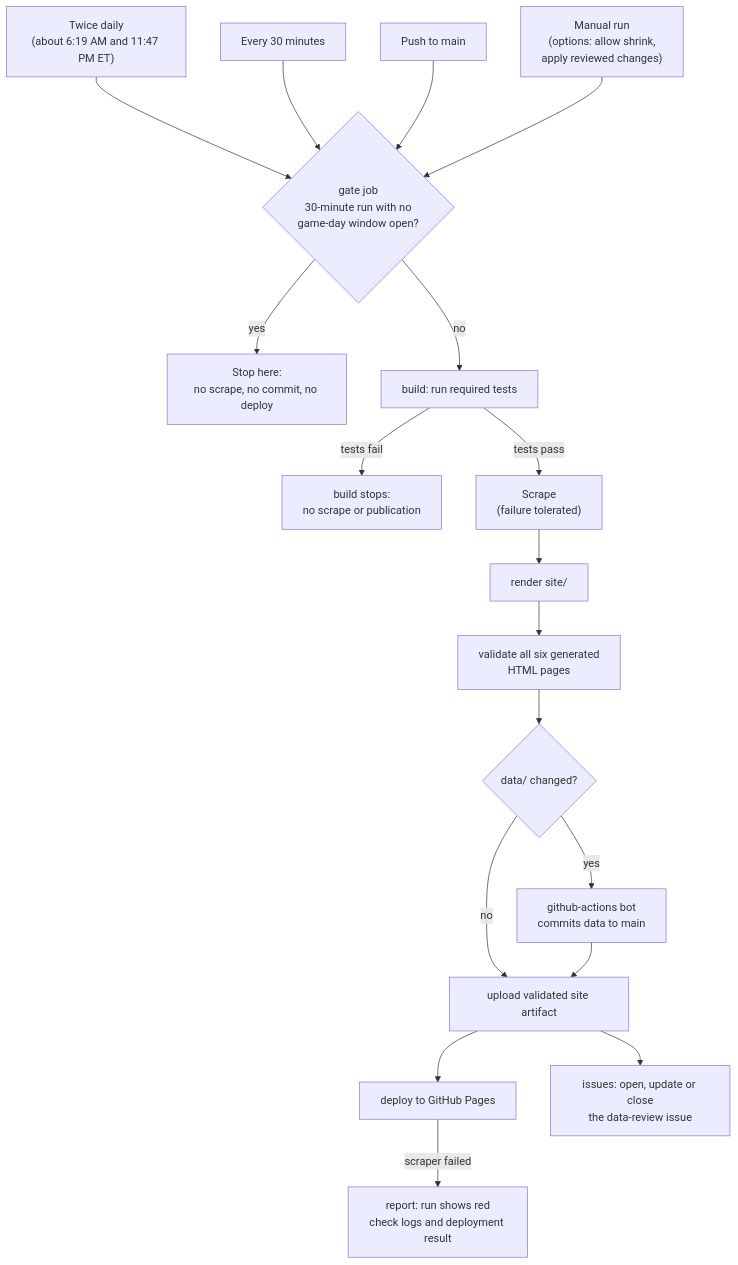
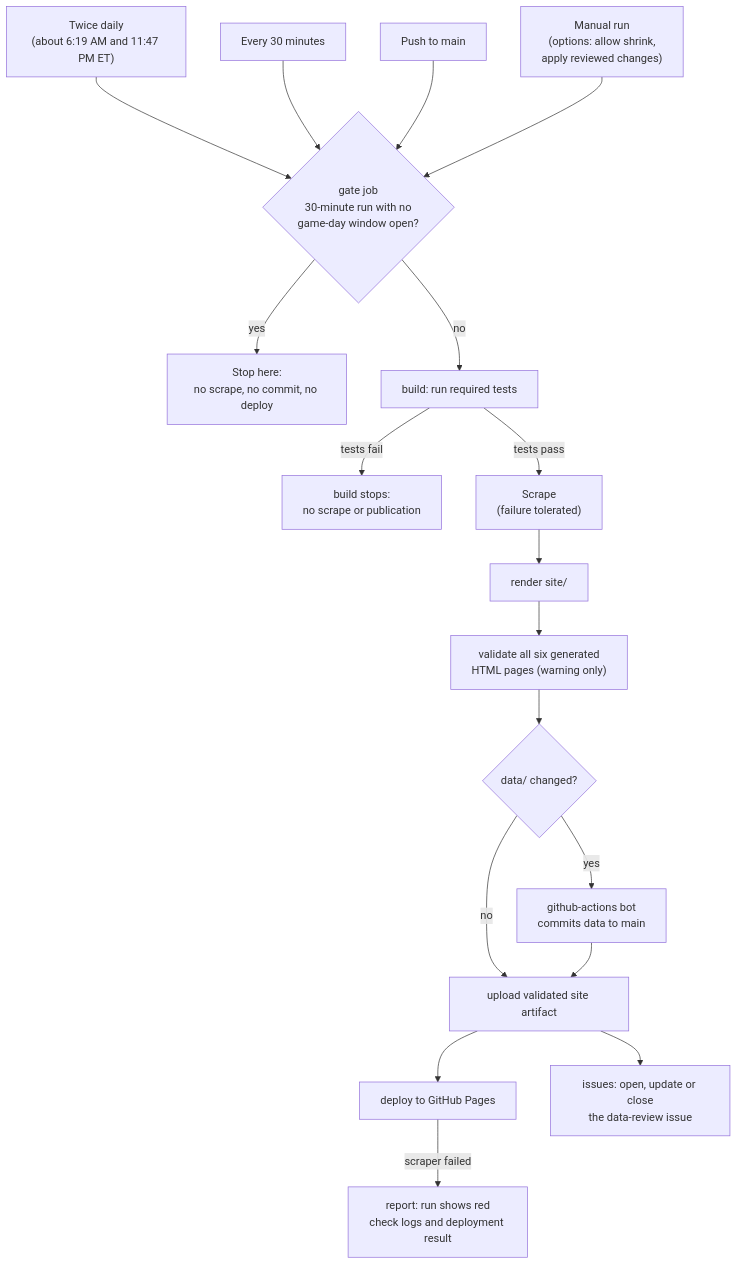
Before and after one commit to Haynesmodel/DePauw-vs-Wabash-web: the second of 3 diagrams in README.md, drawn with Mermaid. The commit also changed other lines of this file and 2 other files, not shown here.

Commit message:
fix: report HTML validation failures as warnings

````diff
--- a/README.md
+++ b/README.md
@@ -175,21 +175,21 @@
 ```mermaid
 flowchart TD
   T1["Twice daily<br/>(about 6:19 AM and 11:47 PM ET)"] --> G
   T2["Every 30 minutes"] --> G
   T3["Push to main"] --> G
   T4["Manual run<br/>(options: allow shrink,<br/>apply reviewed changes)"] --> G
   G{"gate job<br/>30-minute run with no<br/>game-day window open?"}
   G -- "yes" --> X["Stop here:<br/>no scrape, no commit, no deploy"]
   G -- "no" --> B["build: run required tests"]
   B -- "tests fail" --> TF["build stops:<br/>no scrape or publication"]
   B -- "tests pass" --> S["Scrape<br/>(failure tolerated)"]
   S --> R["render site/"]
-  R --> V["validate all six generated<br/>HTML pages"]
+  R --> V["validate all six generated<br/>HTML pages (warning only)"]
   V --> C{"data/ changed?"}
   C -- "yes" --> CM["github-actions bot<br/>commits data to main"]
   C -- "no" --> U
   CM --> U["upload validated site artifact"]
   U --> D["deploy to GitHub Pages"]
   U --> IS["issues: open, update or close<br/>the data-review issue"]
   D -- "scraper failed" --> RP["report: run shows red<br/>check logs and deployment result"]
 ```
````
